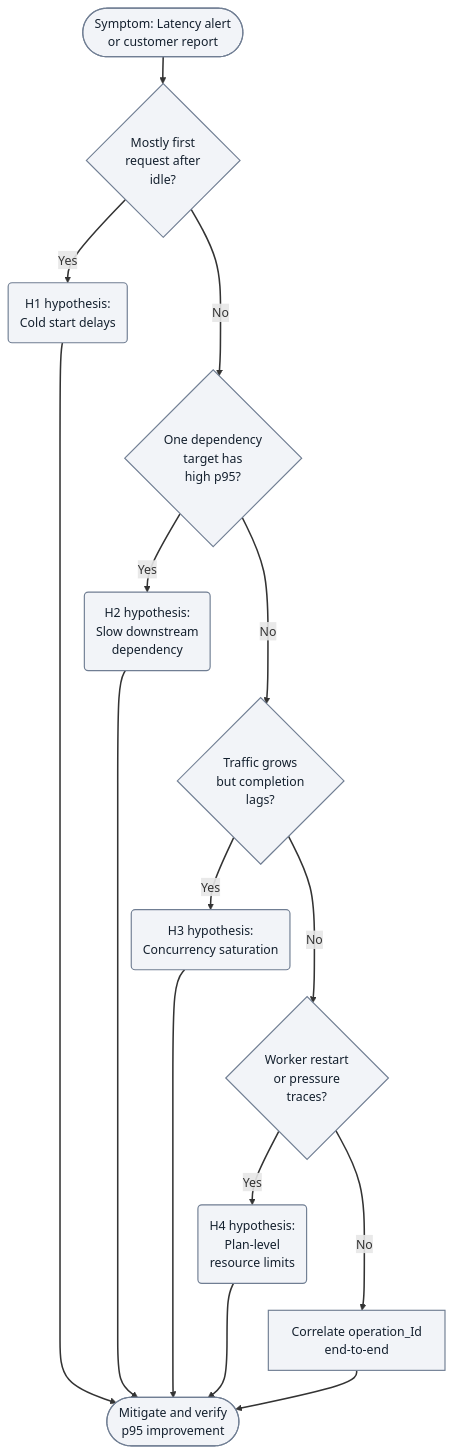
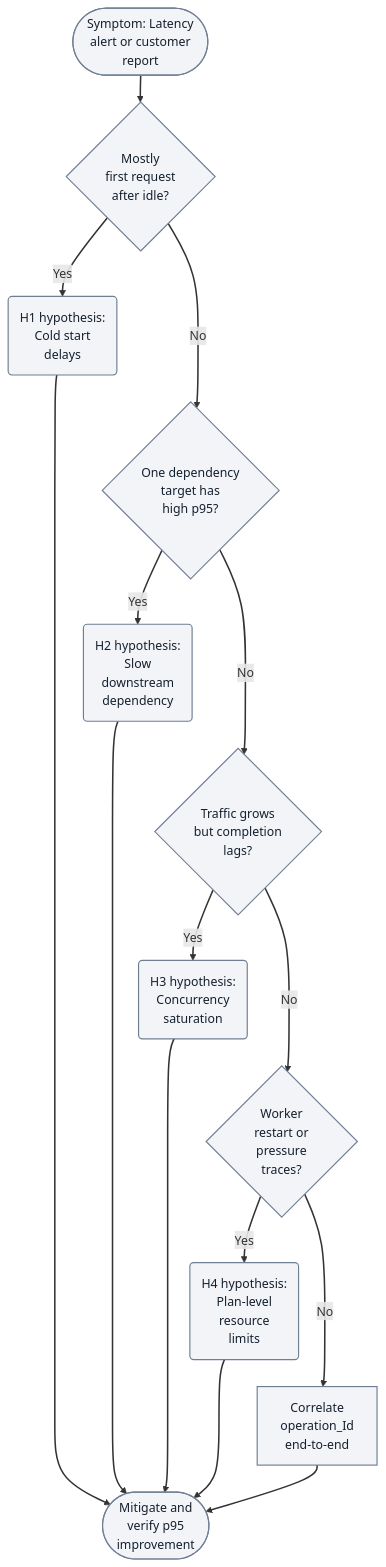
One commit to yeongseon/azure-functions-practical-guide changed the diagram in docs/troubleshooting/playbooks/high-latency.md. Above: the diagram before and after it, drawn with Mermaid. The commit also changed other lines of this file and 1 other file, not shown here.

Commit message:
docs(diagrams): migrate high-latency troubleshooting decision flow (#571)

````diff
--- a/docs/troubleshooting/playbooks/high-latency.md
+++ b/docs/troubleshooting/playbooks/high-latency.md
@@ -48,28 +48,28 @@
 ```mermaid
 %%{init: {'flowchart': {'nodeSpacing': 10, 'rankSpacing': 35}}}%%
 flowchart TD
     accTitle: High latency troubleshooting decision flow
     accDescr: Illustrative triage, not a confirmed root-cause classifier. Mostly first requests after idle selects H1 cold start delays; otherwise high p95 for one dependency target selects H2 slow downstream dependency. Otherwise traffic growth with completion lag selects H3 concurrency saturation; otherwise worker restart or pressure traces selects H4 plan-level resource limits. The final No branch correlates operation_Id end-to-end. All four hypotheses and the correlation route converge on mitigation and verification of p95 improvement; use the evidence and disproof sections before attributing a cause.
-    A(["Symptom: Latency alert<br/>or customer report"]) --> B{"Mostly first<br/>request after<br/>idle?"}
-    B -->|Yes| H1("H1 hypothesis:<br/>Cold start delays")
+    A(["Symptom: Latency<br/>alert or customer<br/>report"]) --> B{"Mostly<br/>first request<br/>after idle?"}
+    B -->|Yes| H1("H1 hypothesis:<br/>Cold start<br/>delays")
     B -->|No| C{"One dependency<br/>target has<br/>high p95?"}
-    C -->|Yes| H2("H2 hypothesis:<br/>Slow downstream<br/>dependency")
+    C -->|Yes| H2("H2 hypothesis:<br/>Slow<br/>downstream<br/>dependency")
     C -->|No| D{"Traffic grows<br/>but completion<br/>lags?"}
-    D -->|Yes| H3("H3 hypothesis:<br/>Concurrency saturation")
-    D -->|No| E{"Worker restart<br/>or pressure<br/>traces?"}
-    E -->|Yes| H4("H4 hypothesis:<br/>Plan-level<br/>resource limits")
-    E -->|No| F["Correlate operation_Id<br/>end-to-end"]
-    H1 --> G(["Mitigate and verify<br/>p95 improvement"])
+    D -->|Yes| H3("H3 hypothesis:<br/>Concurrency<br/>saturation")
+    D -->|No| E{"Worker<br/>restart or<br/>pressure<br/>traces?"}
+    E -->|Yes| H4("H4 hypothesis:<br/>Plan-level<br/>resource<br/>limits")
+    E -->|No| F["Correlate<br/>operation_Id<br/>end-to-end"]
+    H1 --> G(["Mitigate and<br/>verify p95<br/>improvement"])
     H2 --> G
     H3 --> G
     H4 --> G
     F --> G
     %% Layout-only links tier candidates; they add no diagnostic steps or arrows.
     H1 ~~~ C
     H2 ~~~ D
     H3 ~~~ E
     H4 ~~~ F
     classDef baseNeutral fill:#f2f4f8,stroke:#707e93,stroke-width:1.5px,color:#14202e;
     class A,B,C,D,E,F,G,H1,H2,H3,H4 baseNeutral;
     linkStyle default stroke-width:2px;
 ```
````
